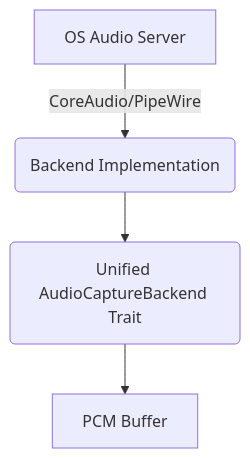
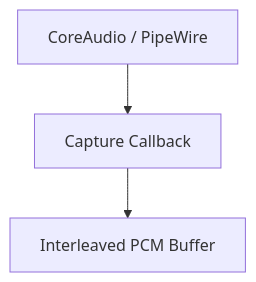
The diagram in README.md (ParkWardRR/audio-capture-rs-talaroana), drawn with Mermaid before and after one commit. The commit also changed other lines of this file and 1 other file, not shown here.

Commit message:
docs: full roadmap and readme overhaul

````diff
--- a/README.md
+++ b/README.md
@@ -13,6 +14,6 @@
 ```mermaid
 graph TD;
-    A[OS Audio Server] -->|CoreAudio/PipeWire| B(Backend Implementation);
-    B --> C(Unified AudioCaptureBackend Trait);
-    C --> D[PCM Buffer];
+    A[CoreAudio / PipeWire] --> B[Capture Callback];
+    B --> C[Interleaved PCM Buffer];
+
 ```
````
